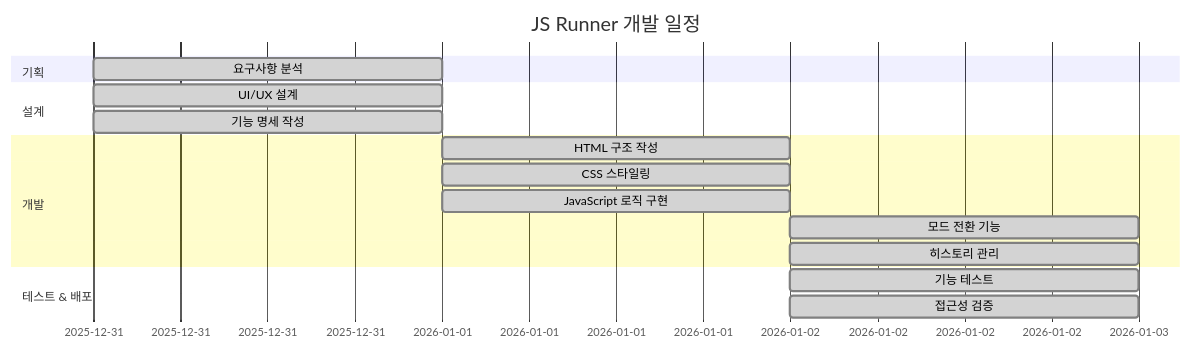
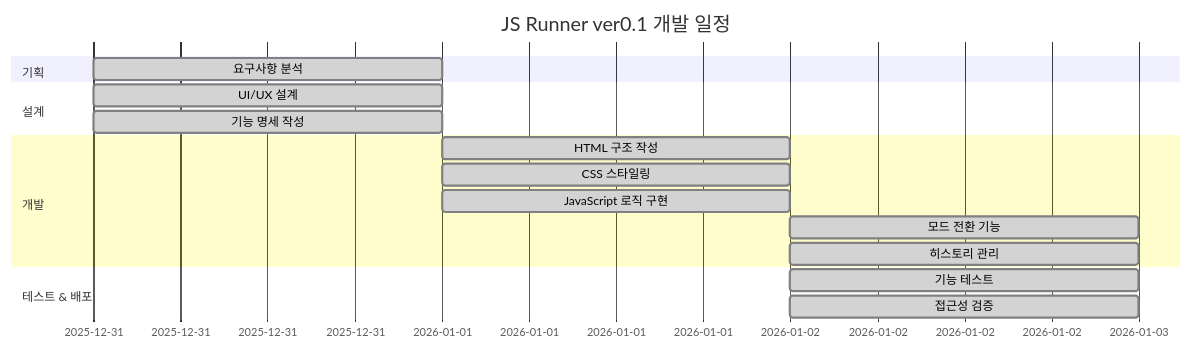
One commit to usewooseok97/JS_simple_codeEditor changed the first of 2 diagrams in README.md. Above: the diagram before and after it, drawn with Mermaid. The commit also changed other lines of this file and 4 other files, not shown here.

````diff
--- a/README.md
+++ b/README.md
@@ -91,22 +177,22 @@
 ```mermaid
 gantt
-    title JS Runner 개발 일정
+    title JS Runner ver0.1 개발 일정
     dateFormat  YYYY-MM-DD
     section 기획
     요구사항 분석           :done, 2025-12-31, 1d
-    
+
     section 설계
     UI/UX 설계             :done, 2025-12-31, 1d
     기능 명세 작성          :done, 2025-12-31, 1d
-    
+
     section 개발
     HTML 구조 작성          :done, 2026-01-01, 1d
     CSS 스타일링           :done, 2026-01-01, 1d
     JavaScript 로직 구현    :done, 2026-01-01, 1d
     모드 전환 기능          :done, 2026-01-02, 1d
     히스토리 관리           :done, 2026-01-02, 1d
-    
+
     section 테스트 & 배포
     기능 테스트            :done, 2026-01-02, 1d
     접근성 검증            :done, 2026-01-02, 1d
 ```
````
